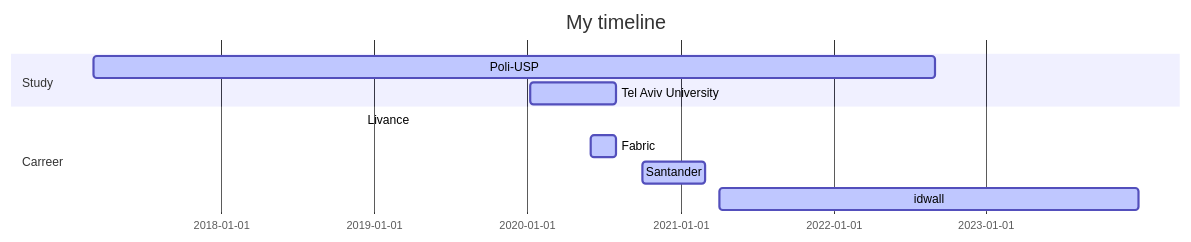
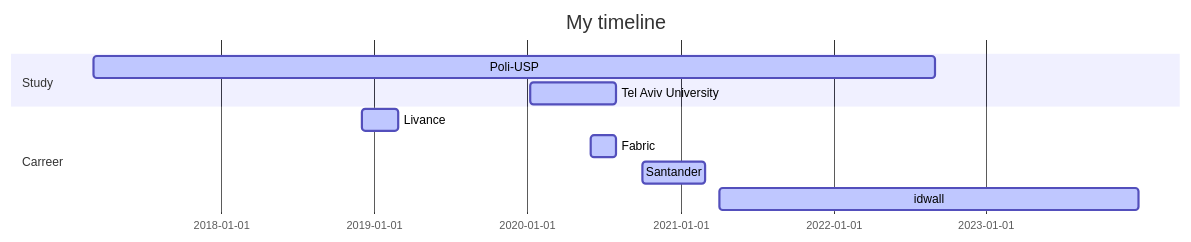
The diagram in README.md (guerchen/guerchen), drawn with Mermaid before and after one commit.

````diff
--- a/README.md
+++ b/README.md
@@ -6,16 +6,16 @@
 ```mermaid
 
 gantt
 dateFormat YYYY-MM-DD
 title My timeline
 
 section Study
 Poli-USP                 :active,, 2017-03-01,2022-09-01
 Tel Aviv University      :active,, 2020-01-08,2020-07-31
 
 section Carreer
-Livance                  :active,, 2018-12-01,2019-02-29
+Livance                  :active,, 2018-12-01,2019-02-28
 Fabric                   :active,, 2020-06-01,2020-07-31
 Santander                :active,, 2020-10-01,2021-03-01
 idwall                   :active,, 2021-04-05,2023-12-31
 ```
````
